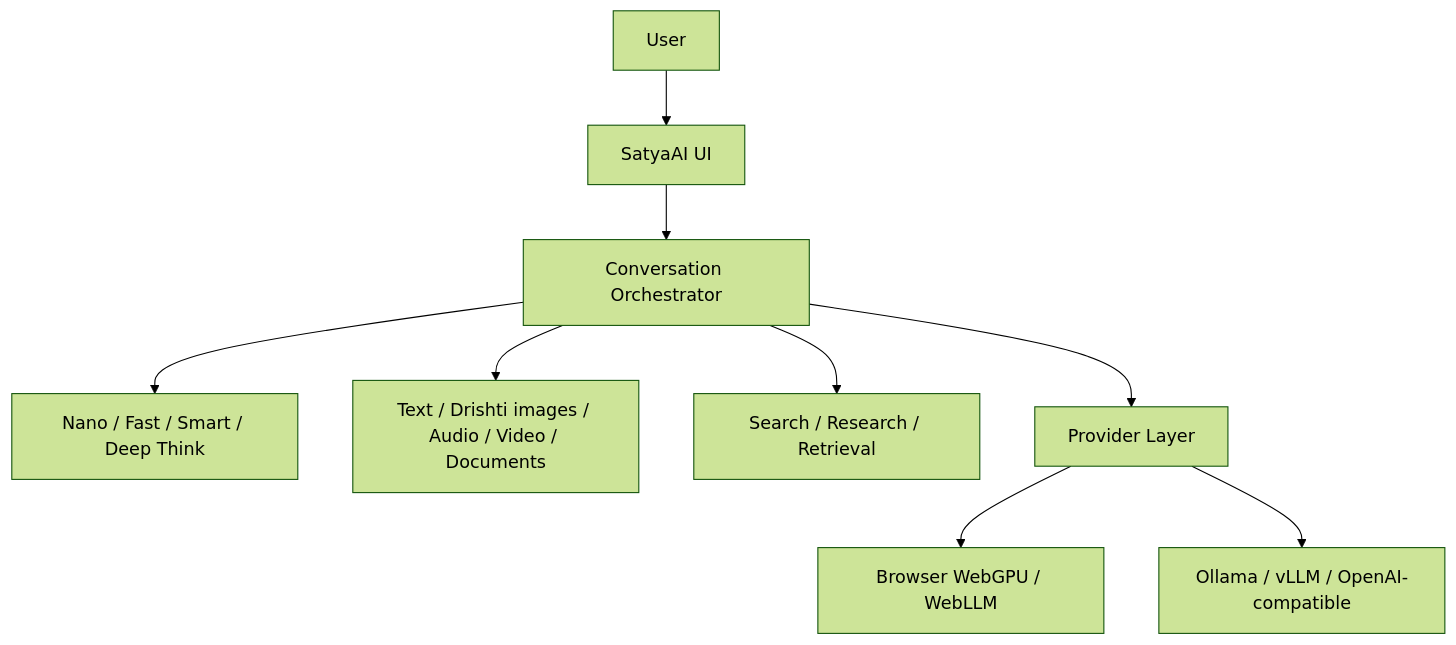
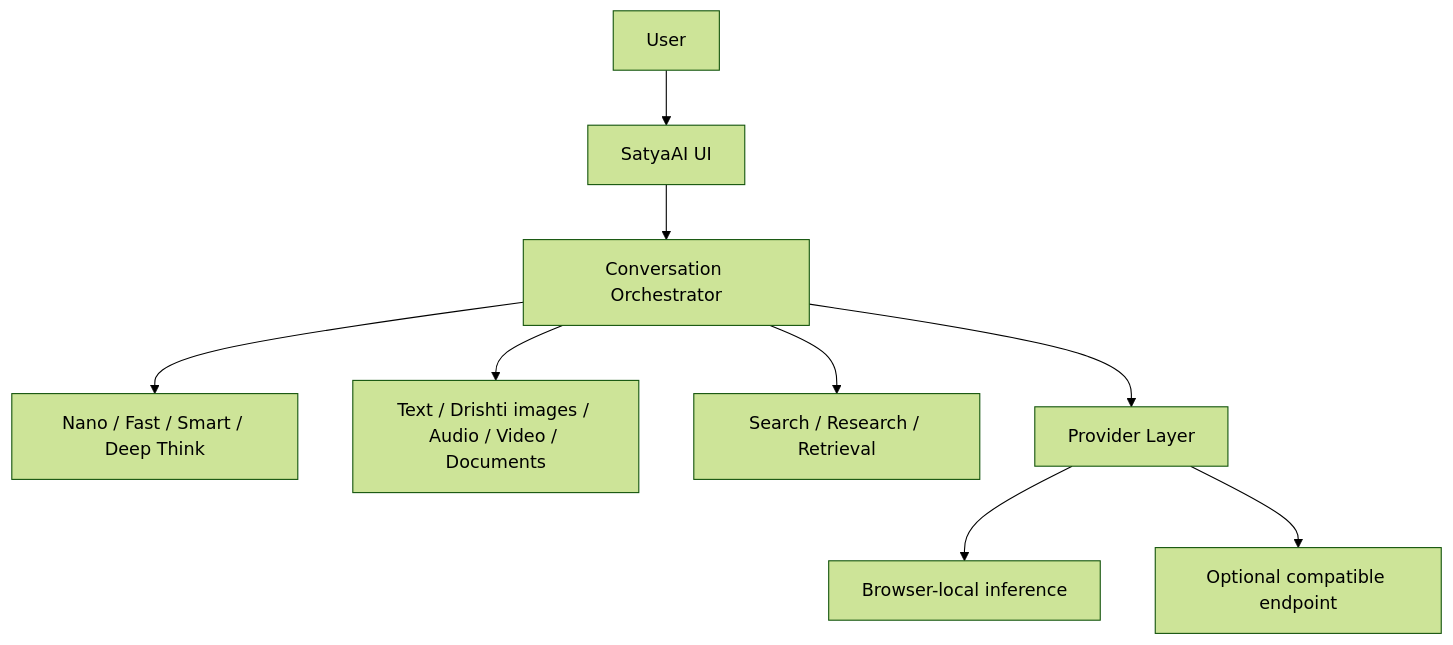
Before and after one commit to SatyajitBeura2468/SatyaAI: the diagram in README.md, drawn with Mermaid (forest theme). The commit also changed other lines of this file, not shown here.

````diff
--- a/README.md
+++ b/README.md
@@ -22,11 +28,11 @@
 ```mermaid
 flowchart TD
   User --> UI[SatyaAI UI]
   UI --> Orchestrator[Conversation Orchestrator]
   Orchestrator --> Modes[Nano / Fast / Smart / Deep Think]
   Orchestrator --> Perception[Text / Drishti images / Audio / Video / Documents]
   Orchestrator --> Tools[Search / Research / Retrieval]
   Orchestrator --> Providers[Provider Layer]
-  Providers --> Local[Browser WebGPU / WebLLM]
-  Providers --> Remote[Ollama / vLLM / OpenAI-compatible]
+  Providers --> Local[Browser-local inference]
+  Providers --> Remote[Optional compatible endpoint]
 ```
````
